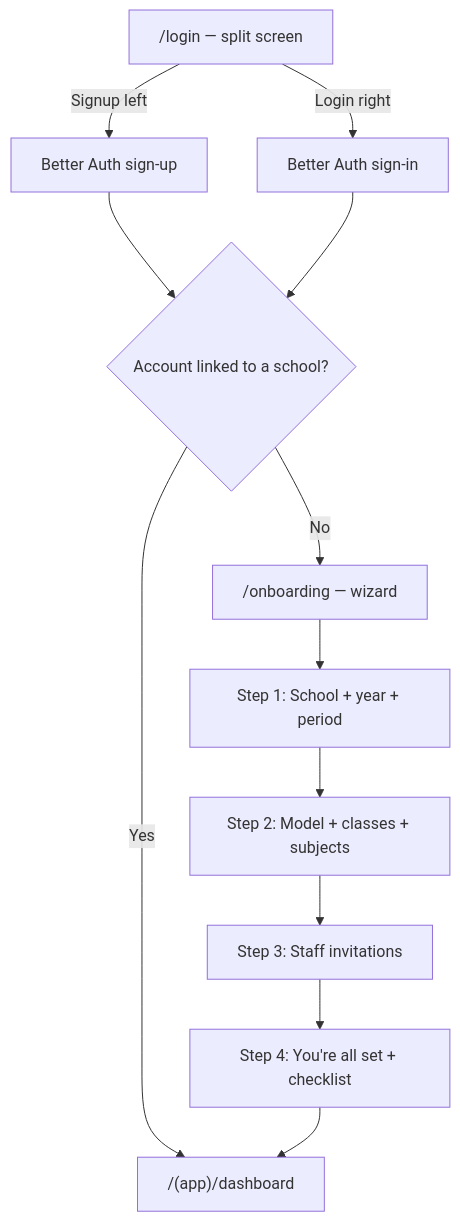
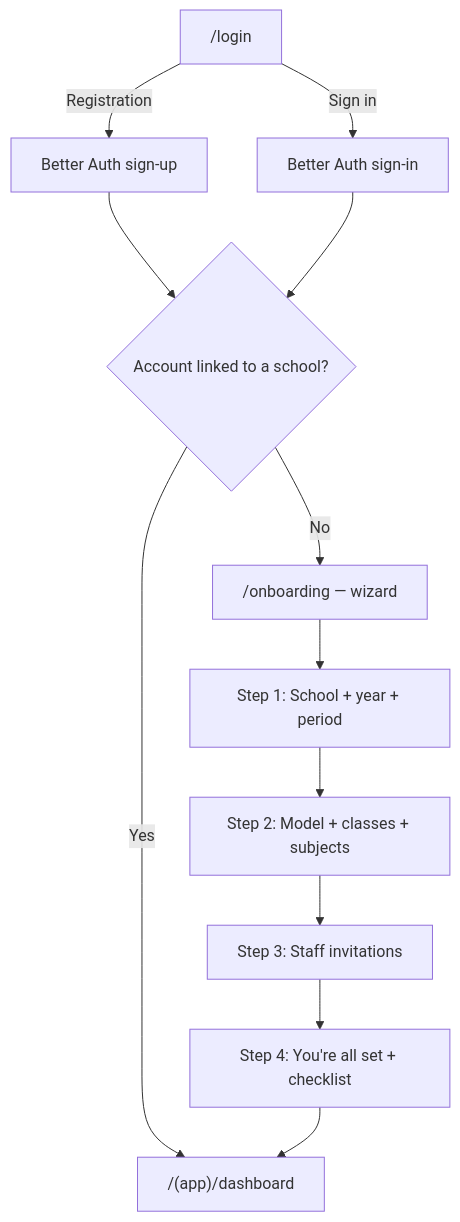
One commit to Maya-Invest/edaya_frontend changed the diagram in docs/sprints/archive/school-onboarding-plan.md. Above: the diagram before and after it, drawn with Mermaid. The commit also changed other lines of this file and 167 other files, not shown here.

````diff
--- a/docs/sprints/archive/school-onboarding-plan.md
+++ b/docs/sprints/archive/school-onboarding-plan.md
@@ -132,14 +129,14 @@
 ```mermaid
 flowchart TD
-    A["/login — split screen"] -->|Signup left| B[Better Auth sign-up]
-    A -->|Login right| C[Better Auth sign-in]
+    A["/login"] -->|Registration| B[Better Auth sign-up]
+    A -->|Sign in| C[Better Auth sign-in]
     B --> D{Account linked to a school?}
     C --> D
     D -->|Yes| E["/(app)/dashboard"]
     D -->|No| F["/onboarding — wizard"]
     F --> G["Step 1: School + year + period"]
     G --> H["Step 2: Model + classes + subjects"]
     H --> I["Step 3: Staff invitations"]
     I --> J["Step 4: You're all set + checklist"]
     J --> E
 ```
````
